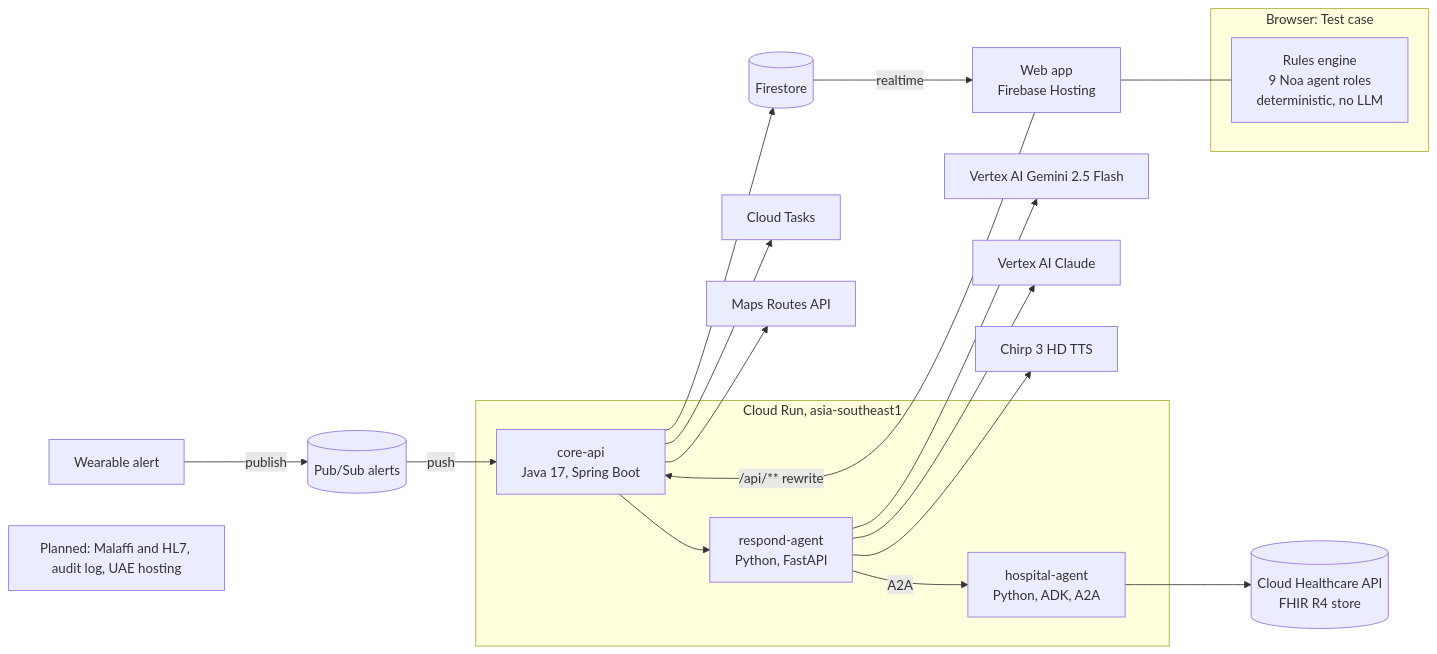
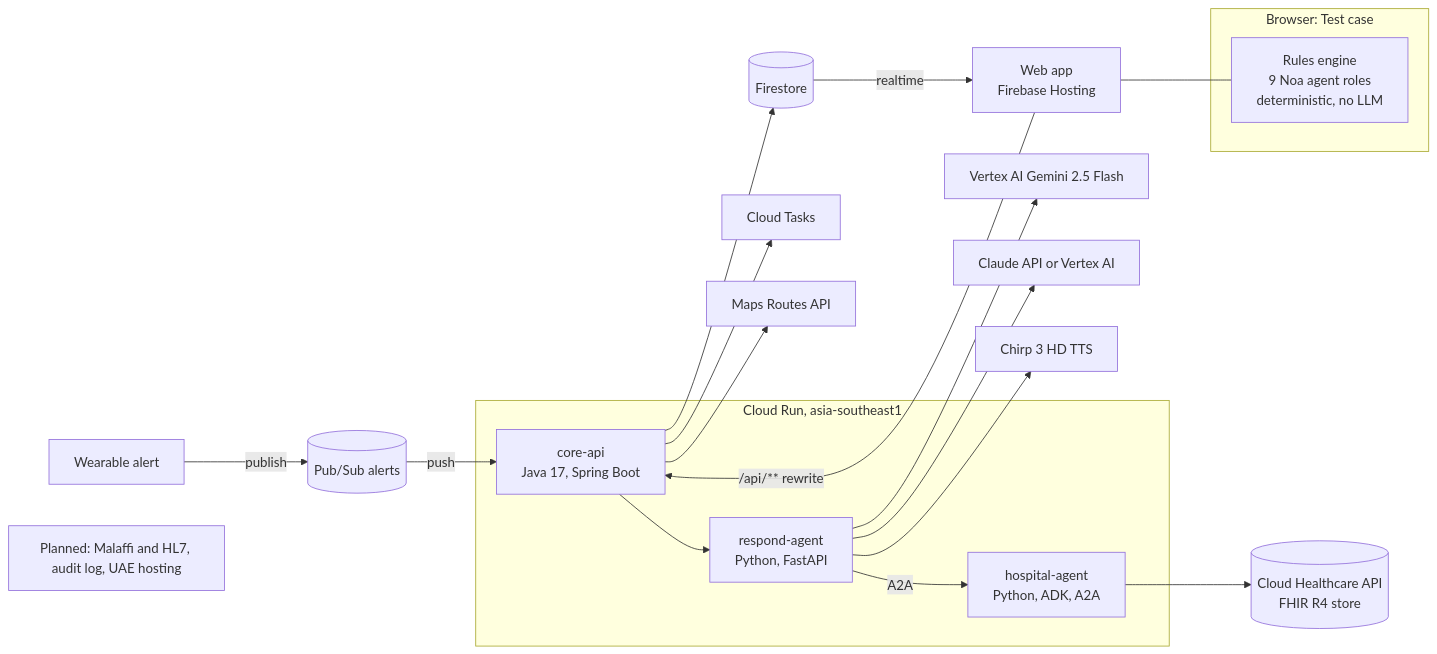
Before and after one commit to Inside-Sync/no-one-alone: the diagram in docs/submission/architecture.md, drawn with Mermaid. The commit also changed other lines of this file and 4 other files, not shown here.

````diff
--- a/docs/submission/architecture.md
+++ b/docs/submission/architecture.md
@@ -5,26 +5,26 @@
 ```mermaid
 flowchart LR
     subgraph Browser[Browser: Test case]
         TC[Rules engine<br/>9 Noa agent roles<br/>deterministic, no LLM]
     end
     W[Wearable alert] -->|publish| PS[(Pub/Sub alerts)]
     PS -->|push| CA
     subgraph Run[Cloud Run, asia-southeast1]
         CA[core-api<br/>Java 17, Spring Boot]
         RA[respond-agent<br/>Python, FastAPI]
         HA[hospital-agent<br/>Python, ADK, A2A]
     end
     CA --> RA
     RA -->|A2A| HA
     RA --> VX[Vertex AI Gemini 2.5 Flash]
-    RA --> CL[Vertex AI Claude]
+    RA --> CL[Claude API or Vertex AI]
     RA --> TTS[Chirp 3 HD TTS]
     HA --> FHIR[(Cloud Healthcare API<br/>FHIR R4 store)]
     CA --> CT[Cloud Tasks]
     CA --> RT[Maps Routes API]
     CA --> FS[(Firestore)]
     FS -->|realtime| WEB[Web app<br/>Firebase Hosting]
     WEB -->|/api/** rewrite| CA
     WEB --- TC
     PLAN[Planned: Malaffi and HL7, audit log, UAE hosting]
 ```
````
